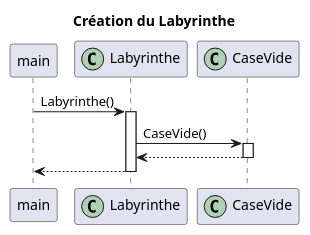
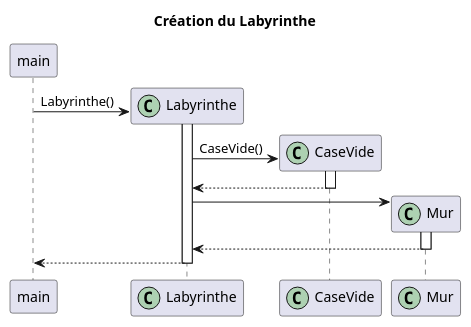
The diagram in documents/version_01/diagramme_sequence/creationLabyrinthe.wsd (LoickNosal/2019_COO_Zeldiablo_Nosal9u_Demang146u_Sousa12u_Gsell5u), drawn with PlantUML before and after one commit. The commit also changed 5 other files, not shown here.

Commit message:
Finalisation des diagrammes de séquences

```diff
--- a/documents/version_01/diagramme_sequence/creationLabyrinthe.wsd
+++ b/documents/version_01/diagramme_sequence/creationLabyrinthe.wsd
@@ -1,16 +1,24 @@
 @startuml 
 title Création du Labyrinthe
 participant main
 participant Labyrinthe << (C,#ADD1B2) >>
 participant CaseVide << (C,#ADD1B2) >>
+participant Mur << (C,#ADD1B2) >>
 
+create Labyrinthe
 main -> Labyrinthe : Labyrinthe()
 Activate Labyrinthe
+create CaseVide
 Labyrinthe -> CaseVide : CaseVide()
 activate CaseVide
 CaseVide --> Labyrinthe
 deactivate CaseVide
+create Mur
+Labyrinthe -> Mur
+activate Mur
+Mur --> Labyrinthe
+deactivate Mur
 Labyrinthe --> main
 deactivate Labyrinthe
 
 @enduml
```
